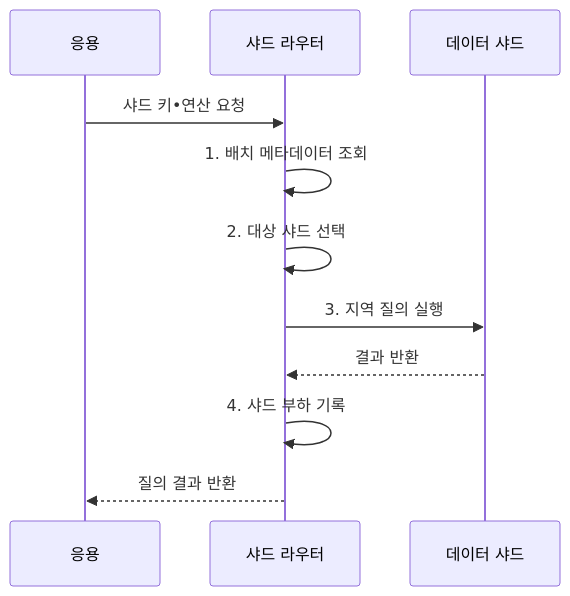
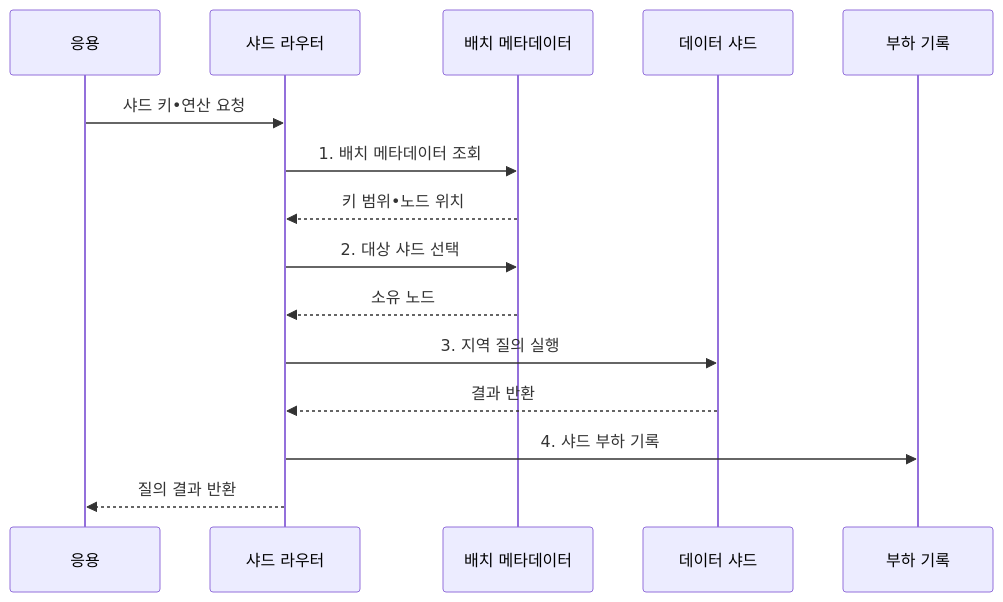
One commit to agnusdei1207/knowledge-base changed the second of 2 diagrams in src/content/docs/notes/03-software/099_sharding.md. Above: the diagram before and after it, drawn with Mermaid. The commit also changed other lines of this file and 15 other files, not shown here.

````diff
--- a/src/content/docs/notes/03-software/099_sharding.md
+++ b/src/content/docs/notes/03-software/099_sharding.md
@@ -108,13 +108,17 @@
 ```mermaid
 sequenceDiagram
     participant A as 응용
     participant R as 샤드 라우터
+    participant M as 배치 메타데이터
     participant S as 데이터 샤드
+    participant B as 부하 기록
     A->>R: 샤드 키•연산 요청
-    R->>R: 1. 배치 메타데이터 조회
-    R->>R: 2. 대상 샤드 선택
+    R->>M: 1. 배치 메타데이터 조회
+    M-->>R: 키 범위•노드 위치
+    R->>M: 2. 대상 샤드 선택
+    M-->>R: 소유 노드
     R->>S: 3. 지역 질의 실행
     S-->>R: 결과 반환
-    R->>R: 4. 샤드 부하 기록
+    R->>B: 4. 샤드 부하 기록
     R-->>A: 질의 결과 반환
 ```
````
